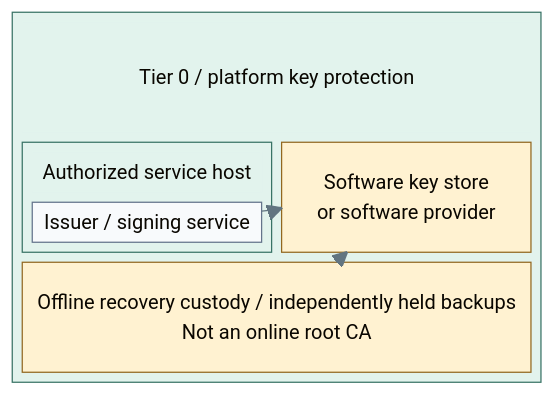
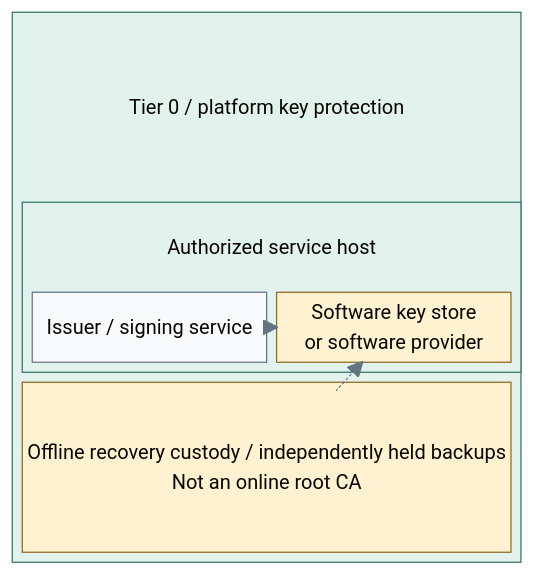
Before and after one commit to Rexus/homelab: the first of 4 diagrams in docs/01-architecture/08-cryptography/03-hsm-selection.md, drawn with Mermaid. The commit also changed other lines of this file and 279 other files, not shown here.

````diff
--- a/docs/01-architecture/08-cryptography/03-hsm-selection.md
+++ b/docs/01-architecture/08-cryptography/03-hsm-selection.md
@@ -49,25 +29,25 @@
 ```mermaid
 %%{init: {"theme":"base","flowchart":{"nodeSpacing":20,"rankSpacing":24,"padding":12,"subGraphTitleMargin":{"top":4,"bottom":12}},"themeVariables":{"lineColor":"#627581","edgeLabelBackground":"#f8fafc"}}}%%
 block-beta
   columns 1
   block:T0
-    columns 2
-    T0Title["Tier 0 / platform key protection"]:2
+    columns 1
+    T0Title["Tier 0 / platform key protection"]
     block:Host
-      columns 1
-      HostTitle["Authorized service host"]
+      columns 2
+      HostTitle["Authorized service host"]:2
       Service["Issuer / signing service"]
+      Provider["Software key store<br/>or software provider"]
     end
-    Provider["Software key store<br/>or software provider"]
-    Recovery["Offline recovery custody / independently held backups<br/>Not an online root CA"]:2
+    Recovery["Offline recovery custody / independently held backups<br/>Not an online root CA"]
   end
   Service --> Provider
   Recovery -.-> Provider
   classDef default fill:#f8fafc,stroke:#64748b,color:#1f2937
   classDef control fill:#e2f3ed,stroke:#397366,color:#173f36
   classDef controlHeading fill:#e2f3ed,stroke:#e2f3ed,color:#173f36
   classDef custody fill:#fff2d1,stroke:#926820,color:#584013
   class T0,Host control
   class T0Title,HostTitle controlHeading
   class Provider,Recovery custody
 ```
````
